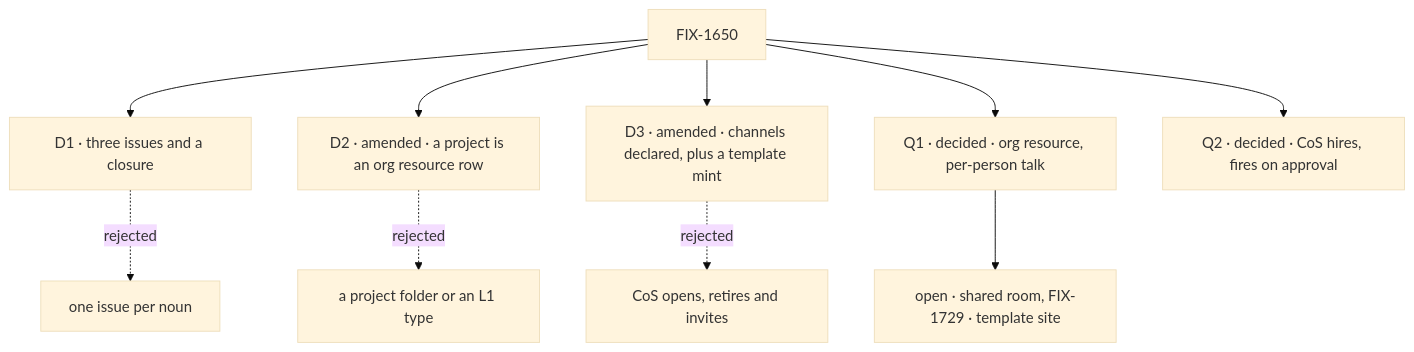
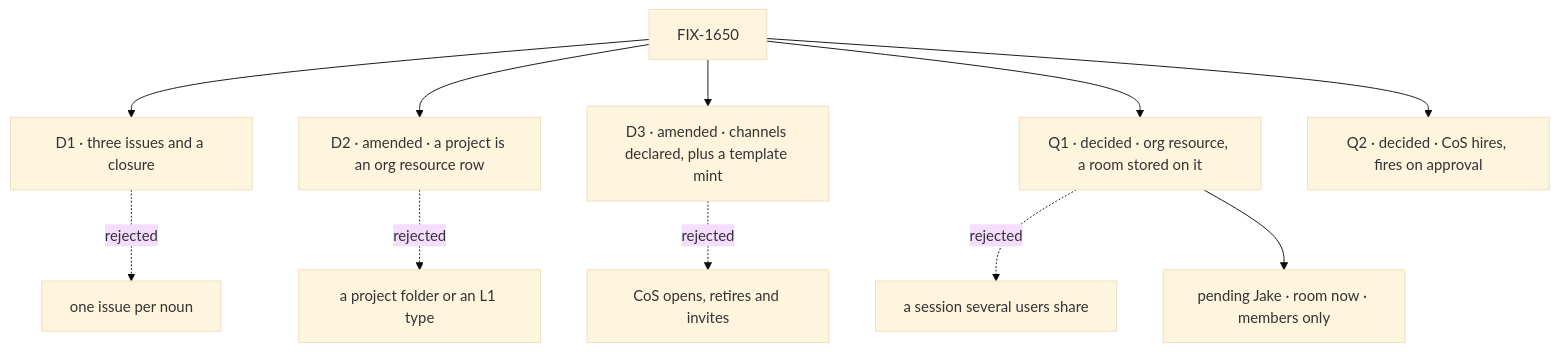
The diagram in specs/epics/FIX-1650/DECISIONS.md (fixpoint-labs/flow-state-dev), drawn with Mermaid (base theme) before and after one commit. The commit also changed other lines of this file and 8 other files, not shown here.

First line of the commit message:
spec(epic): FIX-1650 amend — fold the FIX-1729 spike: one members-only room per project

````diff
--- a/specs/epics/FIX-1650/DECISIONS.md
+++ b/specs/epics/FIX-1650/DECISIONS.md
@@ -15,12 +16,13 @@
 ```mermaid
 flowchart TD
   E["FIX-1650"] --> D1["D1 · three issues and a closure"]
   D1 -.->|"rejected"| X1["one issue per noun"]
   E --> D2["D2 · amended · a project is an org resource row"]
   D2 -.->|"rejected"| X2["a project folder or an L1 type"]
   E --> D3["D3 · amended · channels declared, plus a template mint"]
   D3 -.->|"rejected"| X3["CoS opens, retires and invites"]
-  E --> Q1["Q1 · decided · org resource, per-person talk"]
-  Q1 --> P["open · shared room, FIX-1729 · template site"]
+  E --> Q1["Q1 · decided · org resource, a room stored on it"]
+  Q1 -.->|"rejected"| XA["a session several users share"]
+  Q1 --> P["pending Jake · room now · members only"]
   E --> Q2["Q2 · decided · CoS hires, fires on approval"]
 ```
````
